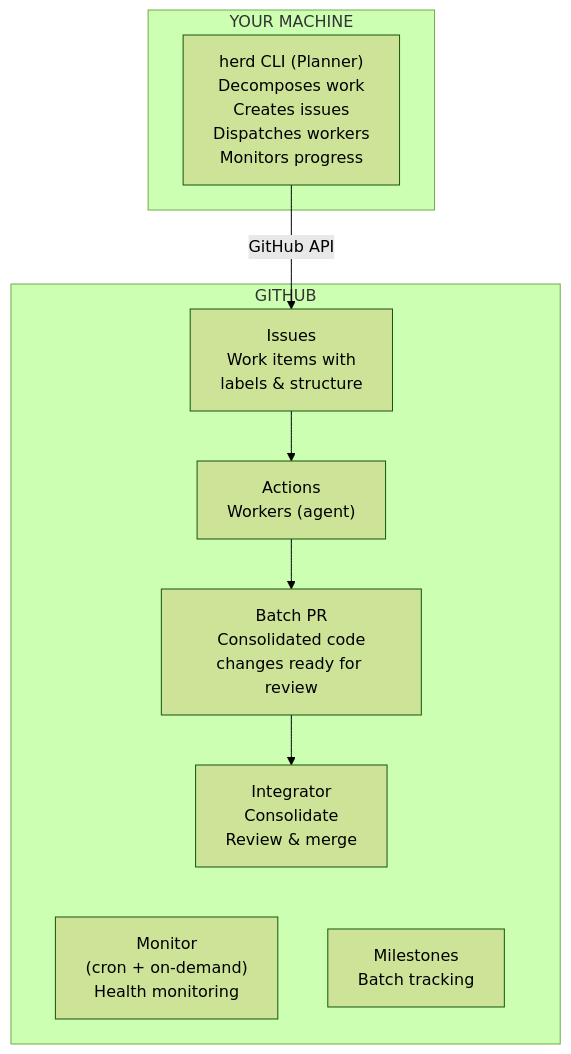
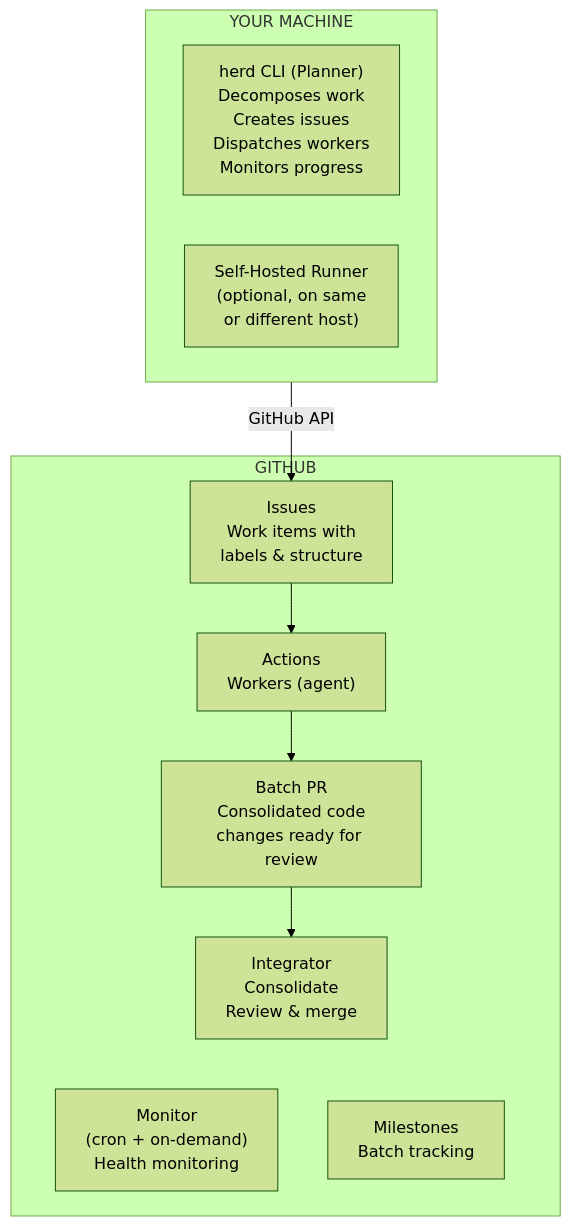
One commit to Herd-OS/herd changed the first of 5 diagrams in docs/design/architecture.md. Above: the diagram before and after it, drawn with Mermaid (forest theme).

Commit message:
fix: restore Self-Hosted Runner node in first architecture diagram
The previous fix (#342) removed both the Runner node and its arrows,
but only the arrows should have been removed. Restore the node and
direction LR layout while keeping the arrows removed.

Closes #344

````diff
--- a/docs/design/architecture.md
+++ b/docs/design/architecture.md
@@ -7,23 +7,25 @@
 ```mermaid
 graph TD
     subgraph Local["YOUR MACHINE"]
+        direction LR
         CLI["herd CLI (Planner)<br>Decomposes work<br>Creates issues<br>Dispatches workers<br>Monitors progress"]
+        Runner["Self-Hosted Runner<br>(optional, on same<br>or different host)"]
     end
 
     subgraph Cloud["GITHUB"]
         Issues["Issues<br>Work items with<br>labels & structure"]
         Actions["Actions<br>Workers (agent)"]
         BatchPR["Batch PR<br>Consolidated code<br>changes ready for review"]
         Integrator["Integrator<br>Consolidate<br>Review & merge"]
         Monitor["Monitor<br>(cron + on-demand)<br>Health monitoring"]
         Milestones["Milestones<br>Batch tracking"]
 
         Issues --> Actions
         Actions --> BatchPR
         BatchPR --> Integrator
         Integrator ~~~ Monitor
         Integrator ~~~ Milestones
     end
 
     CLI -->|GitHub API| Issues
 ```
````
